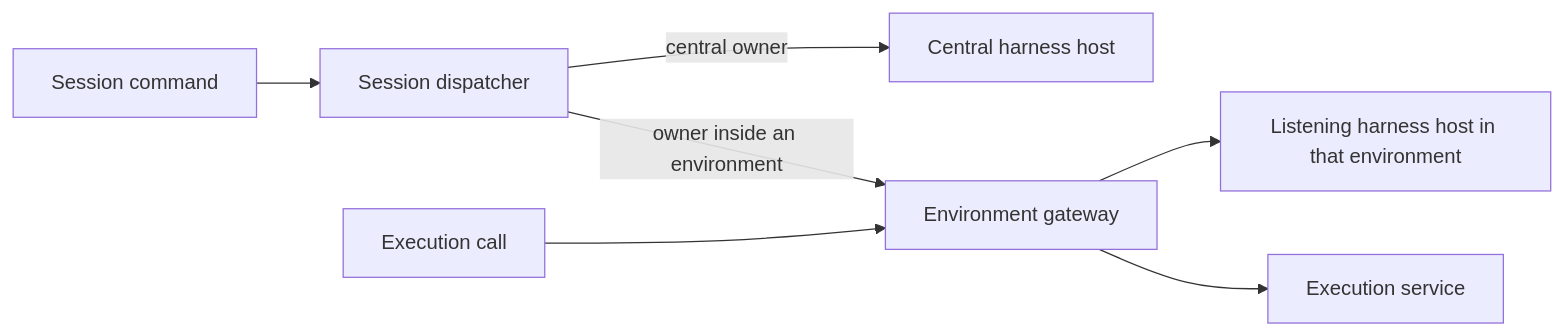
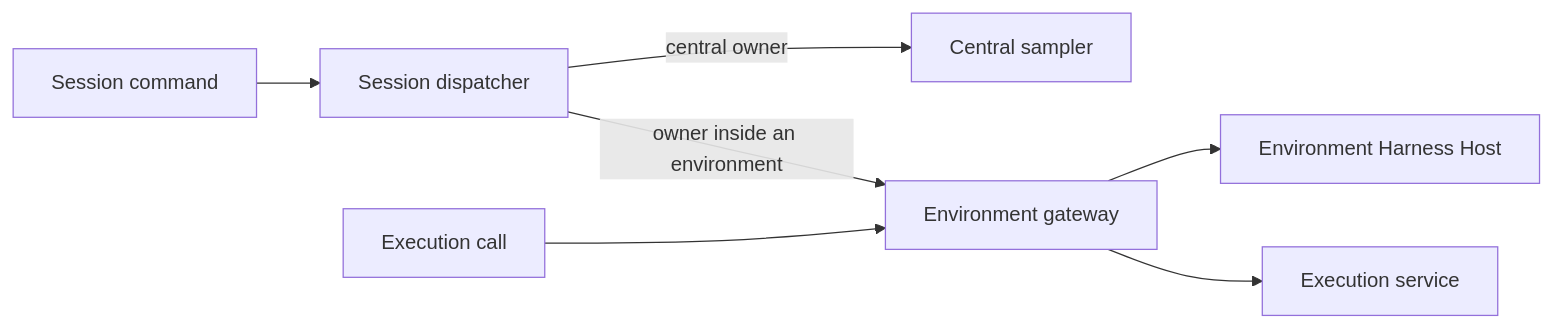
One commit to agentydragon/ducktape changed the diagram in agentplane/plans/session_runtime_model.md. Above: the diagram before and after it, drawn with Mermaid. The commit also changed other lines of this file and 2 other files, not shown here.

Commit message:
docs(agentplane): clarify environment component layout

````diff
--- a/agentplane/plans/session_runtime_model.md
+++ b/agentplane/plans/session_runtime_model.md
@@ -123,9 +123,9 @@
 ```mermaid
 flowchart LR
     caller[Session command] --> dispatcher[Session dispatcher]
-    dispatcher -->|central owner| central[Central harness host]
+    dispatcher -->|central owner| central[Central sampler]
     dispatcher -->|owner inside an environment| gateway[Environment gateway]
-    gateway --> local[Listening harness host in that environment]
+    gateway --> local[Environment Harness Host]
     tool[Execution call] --> gateway
     gateway --> execution[Execution service]
 ```
````
